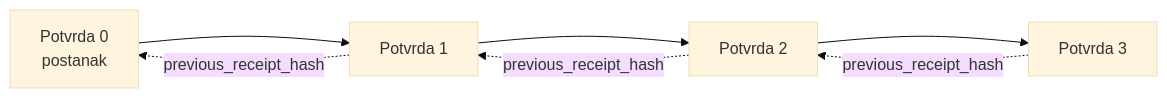
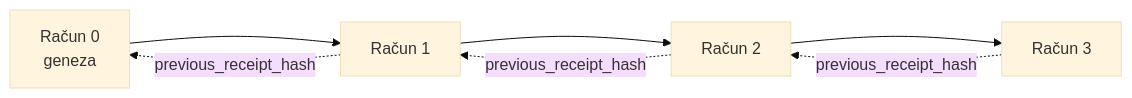
The second of 2 diagrams in mirrors/repos/microsoft@ai-agents-for-beginners/translations/hr/18-securing-ai-agents/README.md (gabrielmoreira/agent-skills-mirror), drawn with Mermaid (base theme) before and after one commit. The commit also changed other lines of this file and 4262 other files, not shown here.

````diff
--- a/mirrors/repos/microsoft@ai-agents-for-beginners/translations/hr/18-securing-ai-agents/README.md
+++ b/mirrors/repos/microsoft@ai-agents-for-beginners/translations/hr/18-securing-ai-agents/README.md
@@ -206,9 +203,9 @@
 ```mermaid
 flowchart LR
-    R0[Potvrda 0<br/>postanak] --> R1[Potvrda 1]
-    R1 --> R2[Potvrda 2]
-    R2 --> R3[Potvrda 3]
+    R0[Račun 0<br/>geneza] --> R1[Račun 1]
+    R1 --> R2[Račun 2]
+    R2 --> R3[Račun 3]
     R1 -. previous_receipt_hash .-> R0
     R2 -. previous_receipt_hash .-> R1
     R3 -. previous_receipt_hash .-> R2
 ```
````
